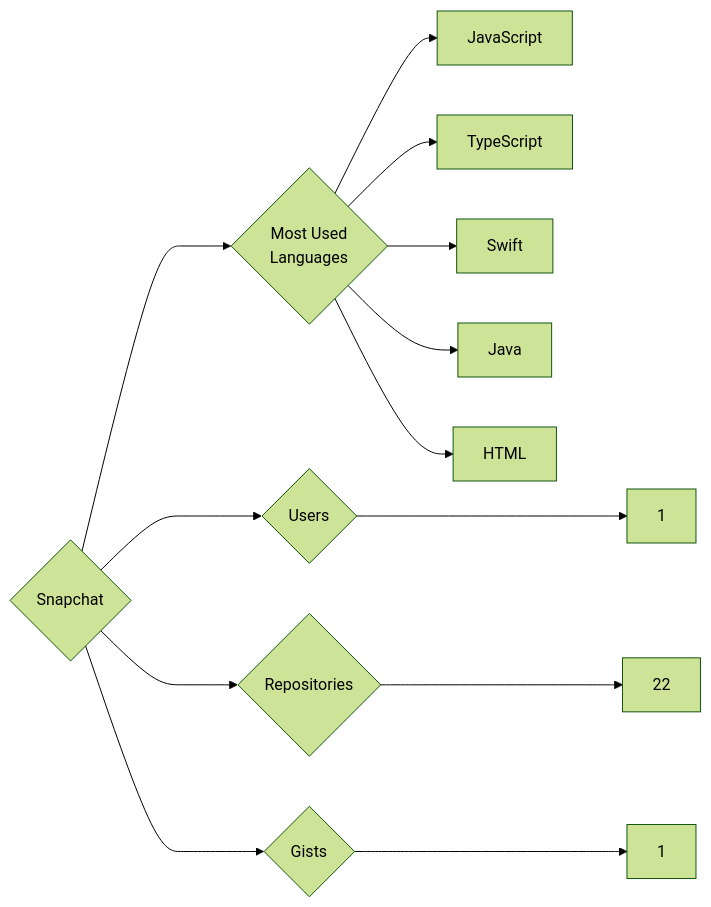
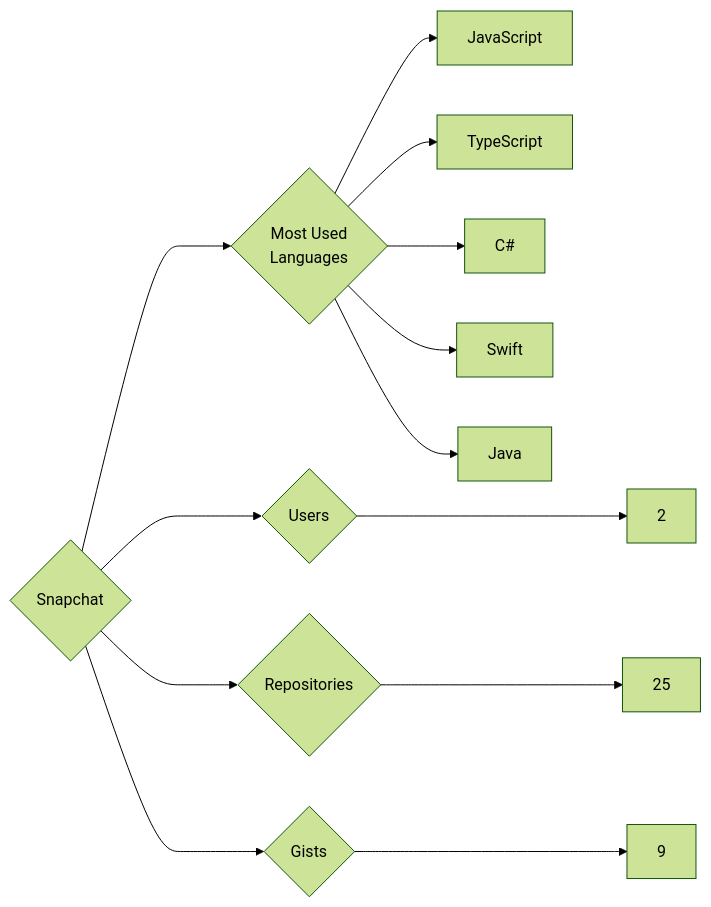
Before and after one commit to trickest/insiders: the diagram in targets/Snapchat/README.md, drawn with Mermaid (forest theme). The commit also changed 995 other files, not shown here.

````diff
--- a/targets/Snapchat/README.md
+++ b/targets/Snapchat/README.md
@@ -3,13 +3,13 @@
 ```mermaid
 graph LR
 COMPANY_NAME{Snapchat}
-COMPANY_NAME ---> U{Users} ---> UN[1]
-COMPANY_NAME ---> R{Repositories} ---> RN[22]
-COMPANY_NAME ---> G{Gists} ---> GN[1]
+COMPANY_NAME ---> U{Users} ---> UN[2]
+COMPANY_NAME ---> R{Repositories} ---> RN[25]
+COMPANY_NAME ---> G{Gists} ---> GN[9]
 COMPANY_NAME ---> ML{Most Used<br>Languages}
 ML --> JavaScript[JavaScript]
 ML --> TypeScript[TypeScript]
+ML --> C#[C#]
 ML --> Swift[Swift]
 ML --> Java[Java]
-ML --> HTML[HTML]
 ```
````
